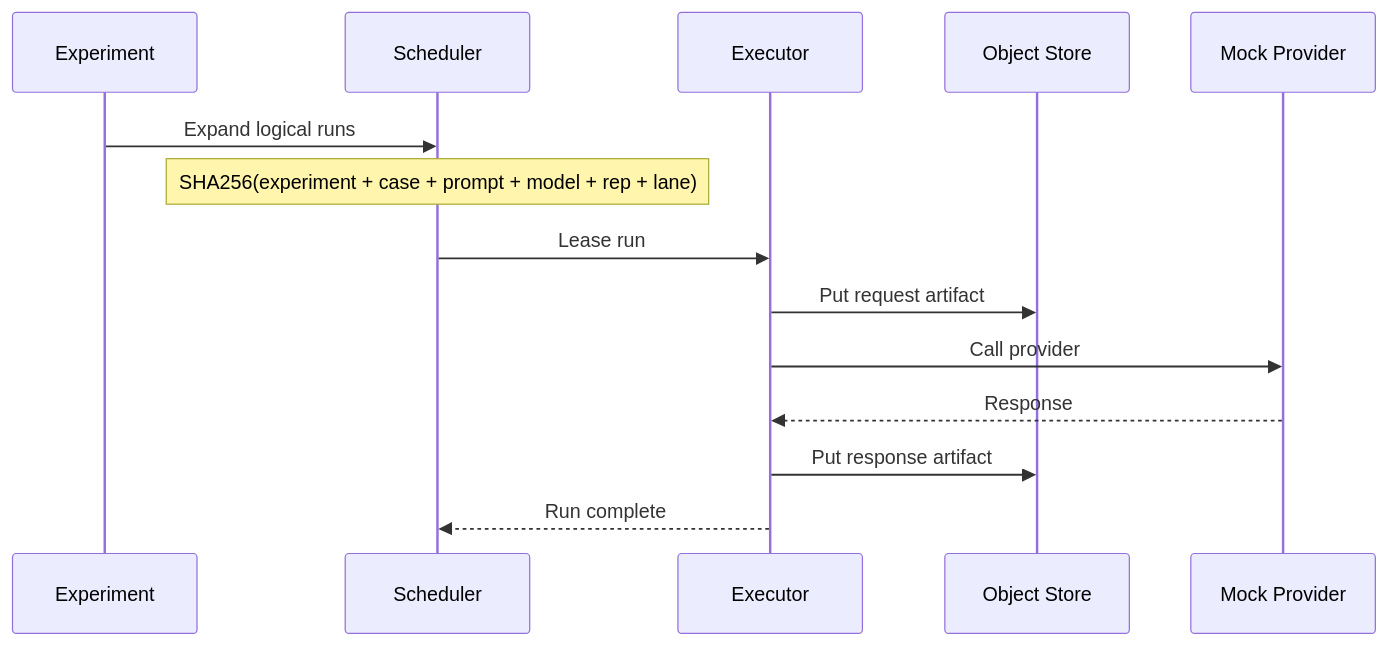
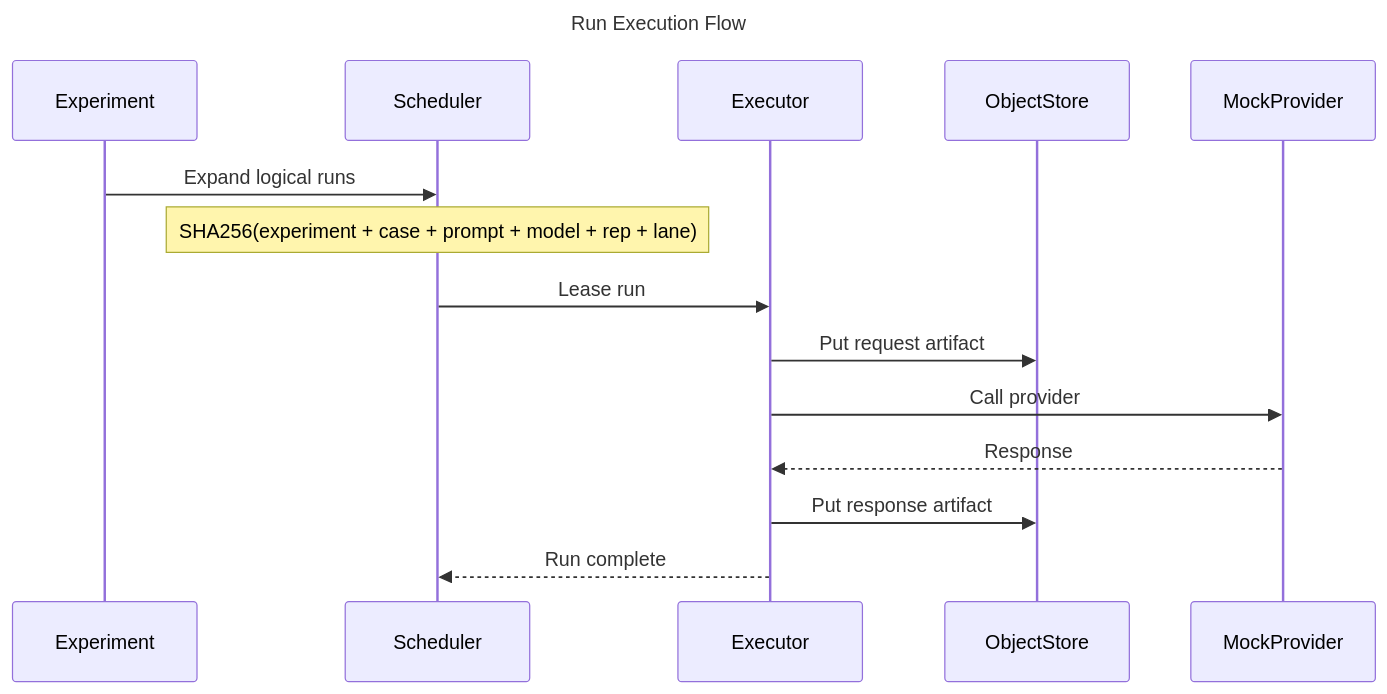
The sixth of 10 diagrams in README.md (Runndownn/Wilson-Eval3ngine-), drawn with Mermaid before and after one commit. The commit also changed other lines of this file, not shown here.

Commit message:
docs: fix mermaid diagrams and update test counts to 618 total

````diff
--- a/README.md
+++ b/README.md
@@ -355,17 +366,18 @@
 ```mermaid
 sequenceDiagram
+    title Run Execution Flow
     participant EXP as Experiment
     participant SCHED as Scheduler
     participant EXEC as Executor
-    participant STORE as Object Store
-    participant PROVIDER as Mock Provider
-
+    participant STORE as ObjectStore
+    participant PROVIDER as MockProvider
+    
     EXP->>SCHED: Expand logical runs
-    note over SCHED: SHA256(experiment + case + prompt + model + rep + lane)
+    Note over SCHED: SHA256(experiment + case + prompt + model + rep + lane)
     SCHED->>EXEC: Lease run
     EXEC->>STORE: Put request artifact
     EXEC->>PROVIDER: Call provider
     PROVIDER-->>EXEC: Response
     EXEC->>STORE: Put response artifact
     EXEC-->>SCHED: Run complete
 ```
````
